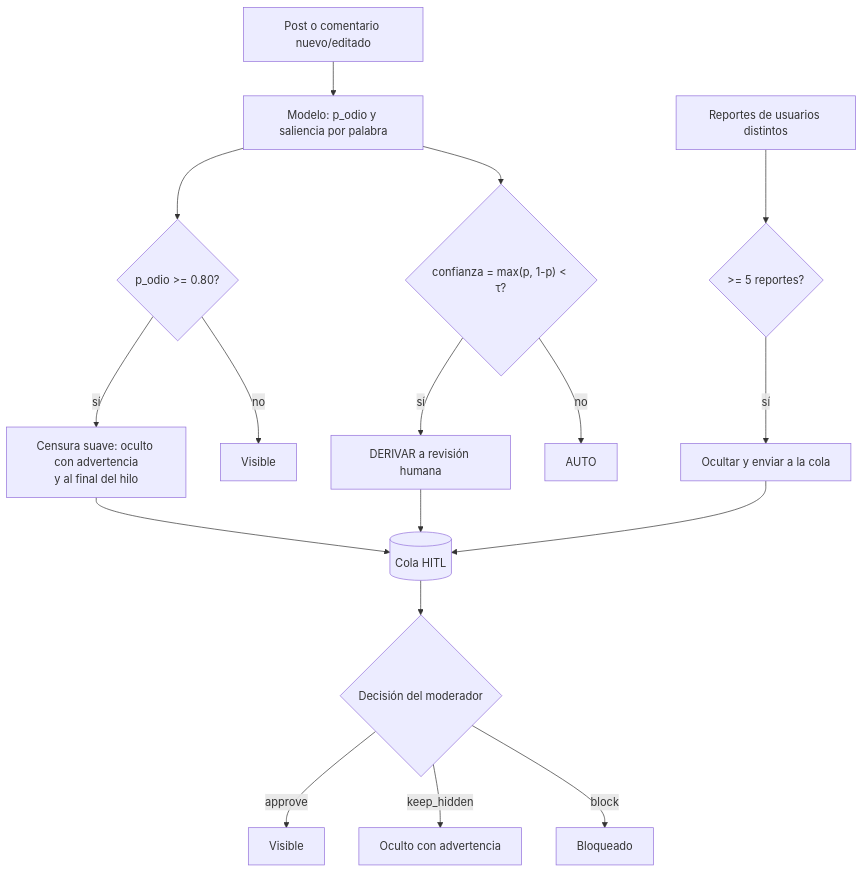
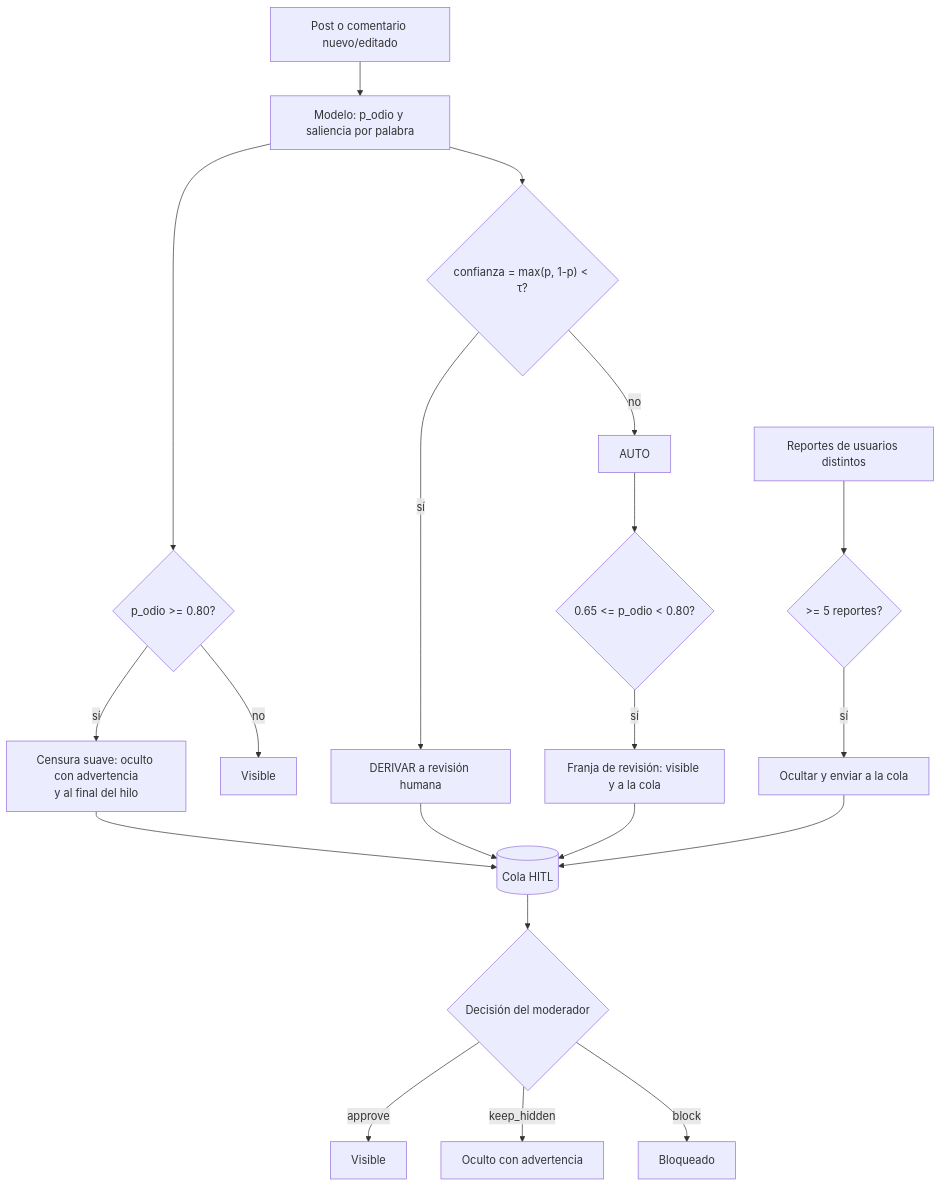
The second of 2 diagrams in README.md (PlataformaIntegradaInvestigadores/hatespeech-service), drawn with Mermaid before and after one commit. The commit also changed other lines of this file and 1 other file, not shown here.

````diff
--- a/README.md
+++ b/README.md
@@ -37,18 +37,21 @@
 ```mermaid
 flowchart TD
     A[Post o comentario nuevo/editado] --> B[Modelo: p_odio y saliencia por palabra]
     B --> C{p_odio >= 0.80?}
     C -->|sí| D[Censura suave: oculto con advertencia<br/>y al final del hilo]
     C -->|no| E[Visible]
     B --> F{"confianza = max(p, 1-p) < τ?"}
     F -->|sí| G[DERIVAR a revisión humana]
     F -->|no| H[AUTO]
+    H --> K{"0.65 <= p_odio < 0.80?"}
+    K -->|sí| L[Franja de revisión: visible y a la cola]
     D --> Q[(Cola HITL)]
     G --> Q
+    L --> Q
     R[Reportes de usuarios distintos] --> S{">= 5 reportes?"}
     S -->|sí| T[Ocultar y enviar a la cola] --> Q
     Q --> U{Decisión del moderador}
     U -->|approve| V[Visible]
     U -->|keep_hidden| W[Oculto con advertencia]
     U -->|block| X[Bloqueado]
 ```
````
